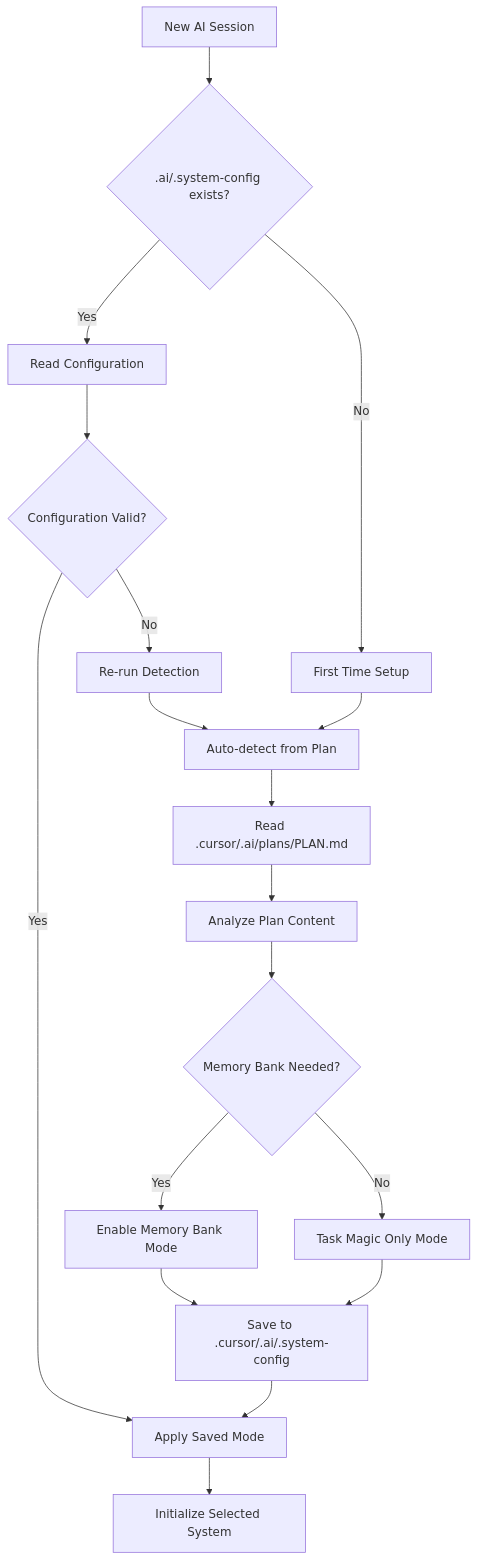
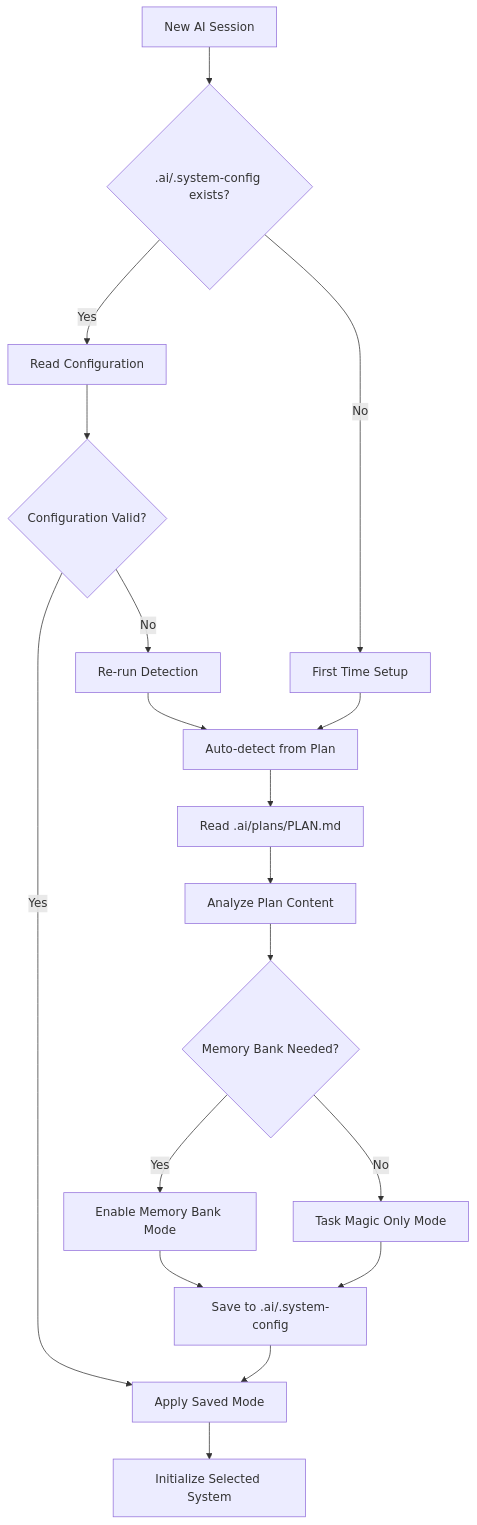
The second of 18 diagrams in .cursor/rules/unified-workflow.md (louisfghbvc/coverity-agent), drawn with Mermaid before and after one commit. The commit also changed other lines of this file and 5 other files, not shown here.

````diff
--- a/.cursor/rules/unified-workflow.md
+++ b/.cursor/rules/unified-workflow.md
@@ -39,27 +39,27 @@
 ```mermaid
 flowchart TD
     Session[New AI Session] --> ConfigExists{.ai/.system-config exists?}
     
     ConfigExists -->|Yes| ReadConfig[Read Configuration]
     ConfigExists -->|No| FirstTime[First Time Setup]
     
     ReadConfig --> ValidConfig{Configuration Valid?}
     ValidConfig -->|Yes| ApplyMode[Apply Saved Mode]
     ValidConfig -->|No| ReDetect[Re-run Detection]
     
     FirstTime --> AutoDetect[Auto-detect from Plan]
     ReDetect --> AutoDetect
     
-    AutoDetect --> ReadPlan[Read .cursor/.ai/plans/PLAN.md]
+    AutoDetect --> ReadPlan[Read .ai/plans/PLAN.md]
     ReadPlan --> Analyze[Analyze Plan Content]
     Analyze --> Decision{Memory Bank Needed?}
     
     Decision -->|Yes| EnableMB[Enable Memory Bank Mode]
     Decision -->|No| TaskOnly[Task Magic Only Mode]
     
-    EnableMB --> SaveConfig[Save to .cursor/.ai/.system-config]
+    EnableMB --> SaveConfig[Save to .ai/.system-config]
     TaskOnly --> SaveConfig
     SaveConfig --> ApplyMode
     
     ApplyMode --> InitializeSystem[Initialize Selected System]
 ```
````
